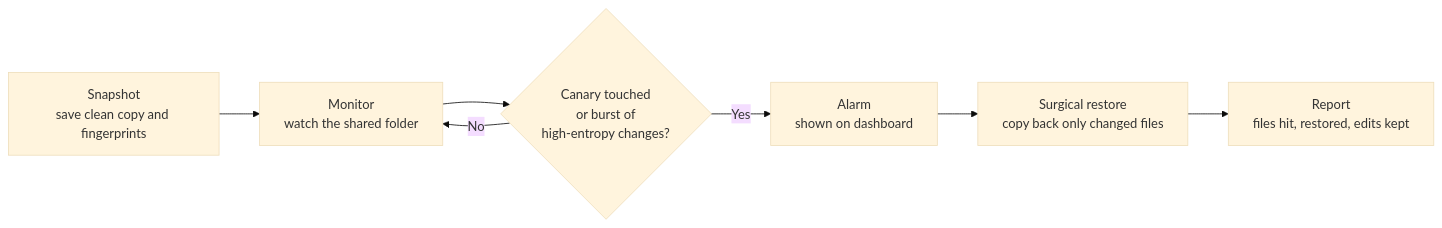
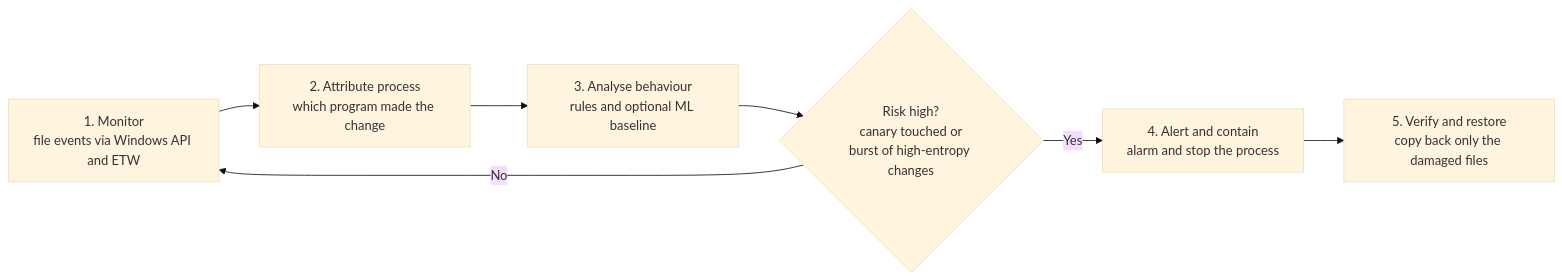
The diagram in README.md (shreyaganeshiyer/SnapBack_proto), drawn with Mermaid (base theme) before and after one commit. The commit also changed other lines of this file, not shown here.

````diff
--- a/README.md
+++ b/README.md
@@ -33,9 +34,9 @@
 ```mermaid
 flowchart LR
-    A["Snapshot<br/>save clean copy and fingerprints"] --> B["Monitor<br/>watch the shared folder"]
-    B --> C{"Canary touched<br/>or burst of<br/>high-entropy changes?"}
-    C -- "No" --> B
-    C -- "Yes" --> D["Alarm<br/>shown on dashboard"]
-    D --> E["Surgical restore<br/>copy back only changed files"]
-    E --> F["Report<br/>files hit, restored, edits kept"]
+    A["1. Monitor<br/>file events via Windows API and ETW"] --> B["2. Attribute process<br/>which program made the change"]
+    B --> C["3. Analyse behaviour<br/>rules and optional ML baseline"]
+    C --> D{"Risk high?<br/>canary touched or<br/>burst of high-entropy changes"}
+    D -- "No" --> A
+    D -- "Yes" --> E["4. Alert and contain<br/>alarm and stop the process"]
+    E --> F["5. Verify and restore<br/>copy back only the damaged files"]
 ```
````
